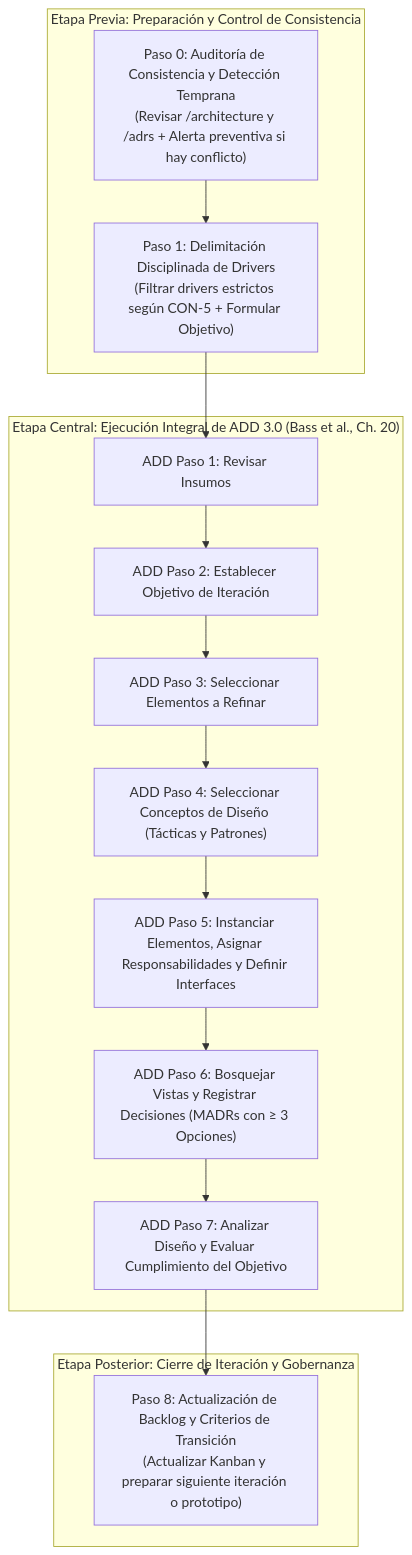
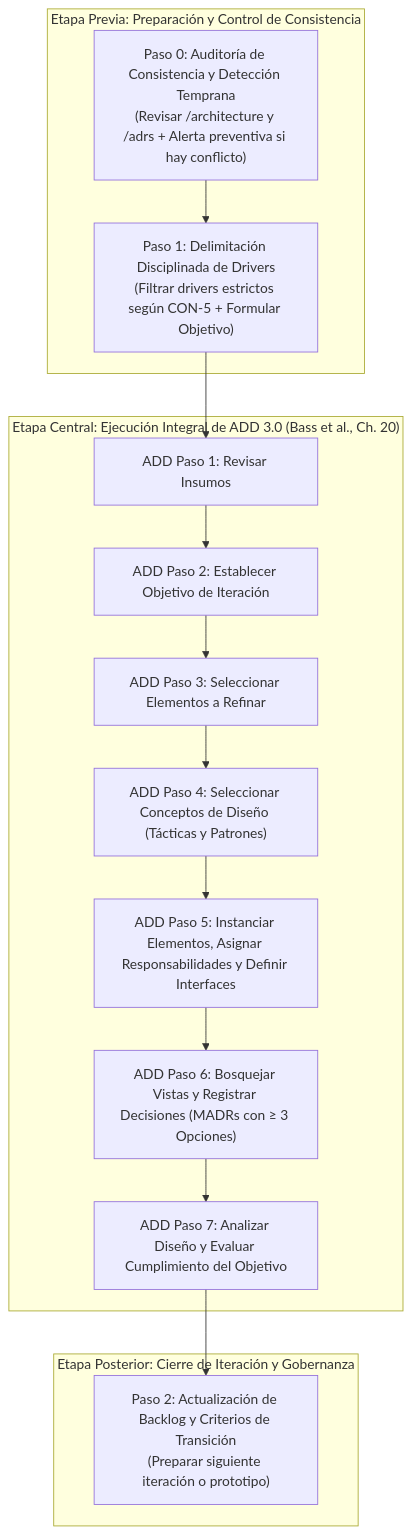
Before and after one commit to az-juan/trotamundos: the diagram in SPEC_ARQUITECTURA.md, drawn with Mermaid. The commit also changed other lines of this file, not shown here.

````diff
--- a/SPEC_ARQUITECTURA.md
+++ b/SPEC_ARQUITECTURA.md
@@ -95,27 +95,27 @@
 ```mermaid
 flowchart TD
     subgraph PreADD ["Etapa Previa: Preparación y Control de Consistencia"]
         P0["Paso 0: Auditoría de Consistencia y Detección Temprana\n(Revisar /architecture y /adrs + Alerta preventiva si hay conflicto)"]
         P1["Paso 1: Delimitación Disciplinada de Drivers\n(Filtrar drivers estrictos según CON-5 + Formular Objetivo)"]
         P0 --> P1
     end
 
     subgraph CoreADD ["Etapa Central: Ejecución Integral de ADD 3.0 (Bass et al., Ch. 20)"]
         S1["ADD Paso 1: Revisar Insumos"]
         S2["ADD Paso 2: Establecer Objetivo de Iteración"]
         S3["ADD Paso 3: Seleccionar Elementos a Refinar"]
         S4["ADD Paso 4: Seleccionar Conceptos de Diseño (Tácticas y Patrones)"]
         S5["ADD Paso 5: Instanciar Elementos, Asignar Responsabilidades y Definir Interfaces"]
         S6["ADD Paso 6: Bosquejar Vistas y Registrar Decisiones (MADRs con ≥ 3 Opciones)"]
         S7["ADD Paso 7: Analizar Diseño y Evaluar Cumplimiento del Objetivo"]
         
         S1 --> S2 --> S3 --> S4 --> S5 --> S6 --> S7
     end
 
     subgraph PostADD ["Etapa Posterior: Cierre de Iteración y Gobernanza"]
-        P8["Paso 8: Actualización de Backlog y Criterios de Transición\n(Actualizar Kanban y preparar siguiente iteración o prototipo)"]
+        P8["Paso 2: Actualización de Backlog y Criterios de Transición\n(Preparar siguiente iteración o prototipo)"]
     end
 
     P1 --> S1
     S7 --> P8
 ```
````
